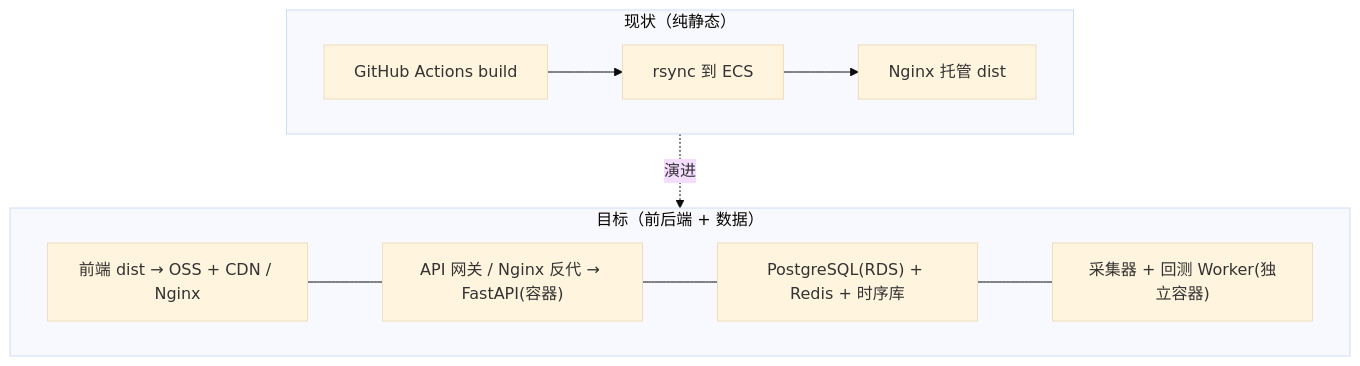
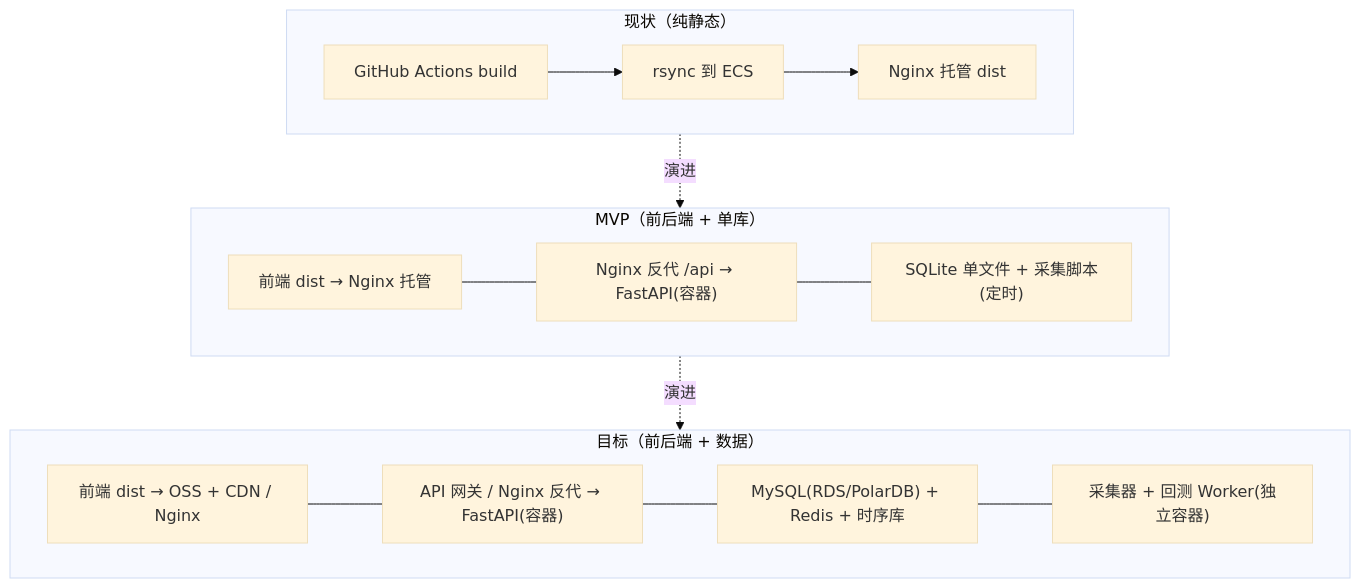
The sixth of 6 diagrams in docs/ARCHITECTURE.md (Lzhtommy/Kairos), drawn with Mermaid (base theme) before and after one commit. The commit also changed other lines of this file, not shown here.

First line of the commit message:
docs: 架构文档补充 MVP 简化形态与数据源选型

````diff
--- a/docs/ARCHITECTURE.md
+++ b/docs/ARCHITECTURE.md
@@ -292,14 +408,20 @@
 ```mermaid
 graph TB
   subgraph Now["现状（纯静态）"]
     A1["GitHub Actions build"] --> A2["rsync 到 ECS"] --> A3["Nginx 托管 dist"]
   end
+  subgraph MVP["MVP（前后端 + 单库）"]
+    M1["前端 dist → Nginx 托管"]
+    M2["Nginx 反代 /api → FastAPI(容器)"]
+    M3["SQLite 单文件 + 采集脚本(定时)"]
+    M1 --- M2 --- M3
+  end
   subgraph Target["目标（前后端 + 数据）"]
     B1["前端 dist → OSS + CDN / Nginx"]
     B2["API 网关 / Nginx 反代 → FastAPI(容器)"]
-    B3["PostgreSQL(RDS) + Redis + 时序库"]
+    B3["MySQL(RDS/PolarDB) + Redis + 时序库"]
     B4["采集器 + 回测 Worker(独立容器)"]
     B1 --- B2 --- B3 --- B4
   end
-  Now -.演进.-> Target
+  Now -.演进.-> MVP -.演进.-> Target
 ```
````
